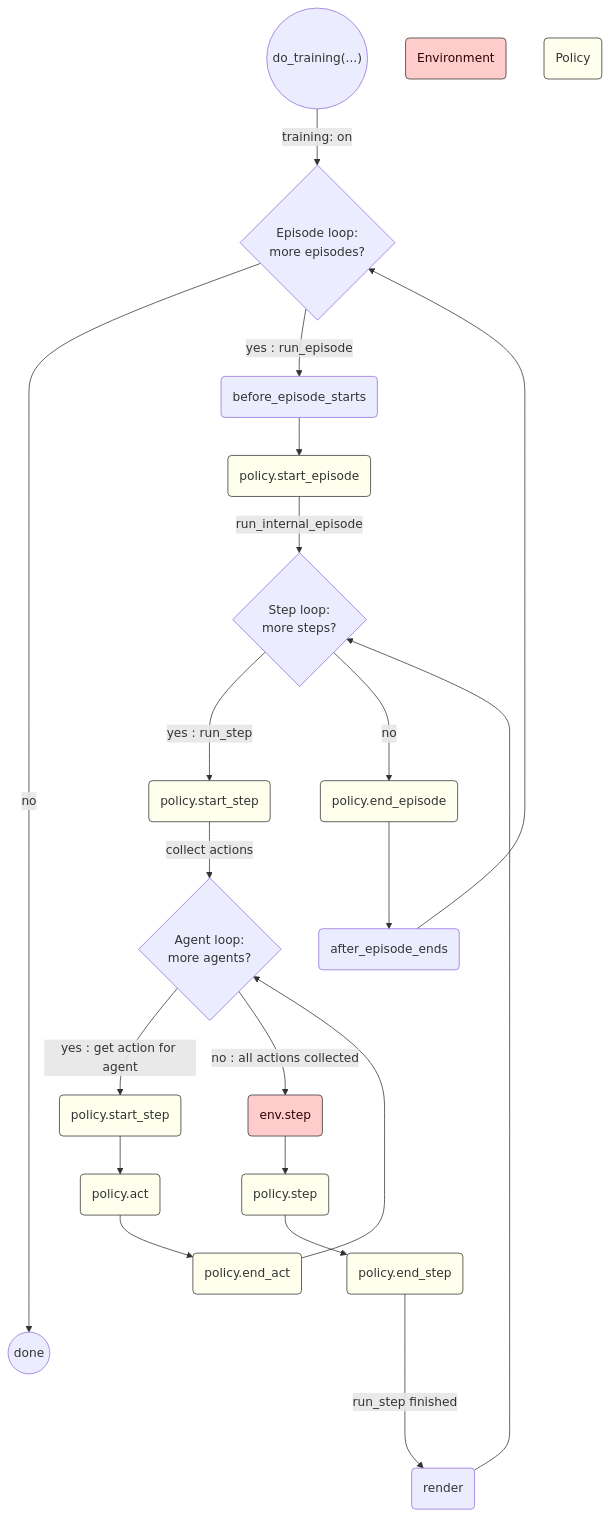
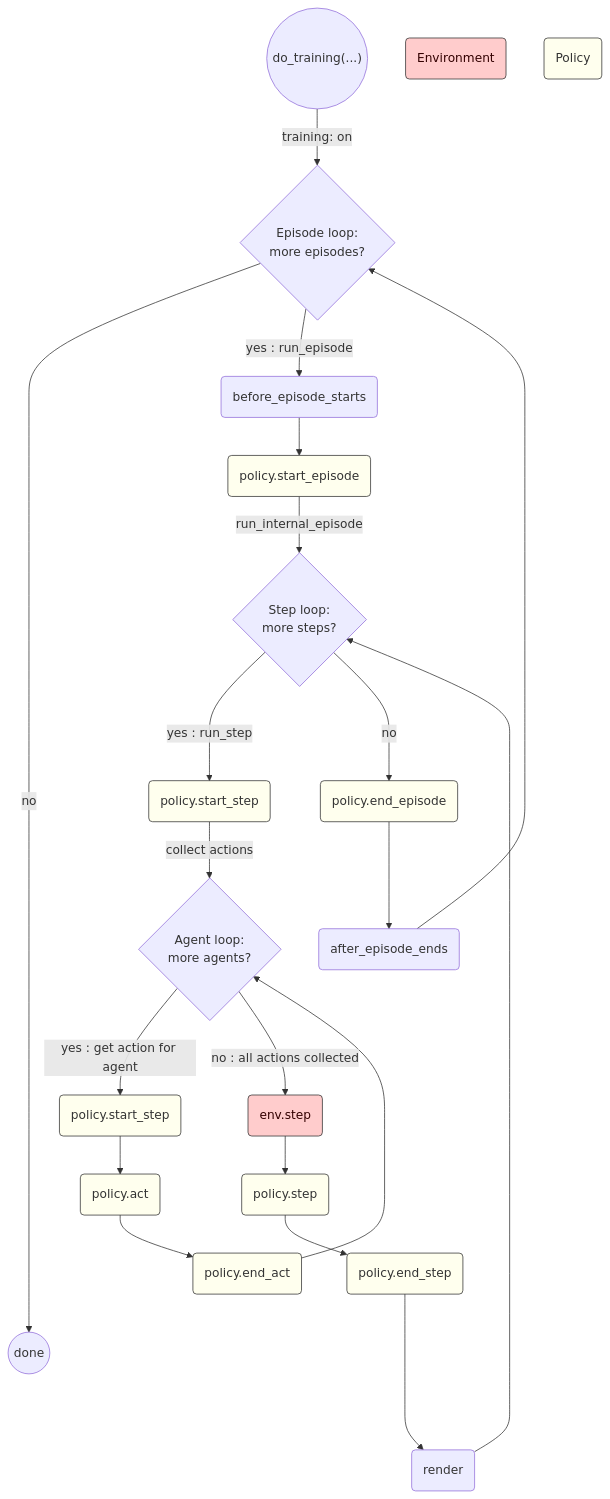
One commit to aiAdrian/flatland_solver_policy changed the second of 2 diagrams in README.md. Above: the diagram before and after it, drawn with Mermaid.

````diff
--- a/README.md
+++ b/README.md
@@ -32,39 +32,39 @@
 ```mermaid
 flowchart TD
     Solver(("do_training(...)"))
     Solver --> |training: on| C{Episode loop:\n more episodes?}
     C -------------> |no| End(( done ))
     C --> |yes : run_episode| D1(before_episode_starts)
     D1 --> D2(policy.start_episode)
     D2 --> |run_internal_episode| E{Step loop:\n more steps?}
     F1 --> |collect actions| G{Agent loop:\n more agents?}
     E ---> |yes : run_step| F1(policy.start_step)
     G -->  |yes : get action for agent| G1(policy.start_step)
     G1 --> G2(policy.act)
     G2 --> G3(policy.end_act)
     G3 --> G
     G --> |no : all actions collected|F2(env.step)
     F2 --> F3(policy.step)
     F3 --> F4(policy.end_step)
     F5 --> E 
     D5 --> C
     E ---> |no| D4(policy.end_episode)
     D4 --> D5(after_episode_ends) 
-    F4 ----> |run_step finished| F5(render)
+    F4 ----> F5(render)
     
     Env(Environment)
     Policy(Policy)
     
     style D2 fill:#ffe,stroke:#333,stroke-width:1px 
     style F1 fill:#ffe,stroke:#333,stroke-width:1px 
     style D4 fill:#ffe,stroke:#333,stroke-width:1px 
     style G1 fill:#ffe,stroke:#333,stroke-width:1px 
     style G2 fill:#ffe,stroke:#333,stroke-width:1px 
     style G3 fill:#ffe,stroke:#333,stroke-width:1px 
     style F3 fill:#ffe,stroke:#333,stroke-width:1px 
     style F4 fill:#ffe,stroke:#333,stroke-width:1px 
 
     style Policy fill:#ffe,stroke:#333,stroke-width:1px 
     style F2 fill:#fcc,stroke:#333,stroke-width:1px,color:#300
     style Env fill:#fcc,stroke:#333,stroke-width:1px,color:#300
 ```
````
